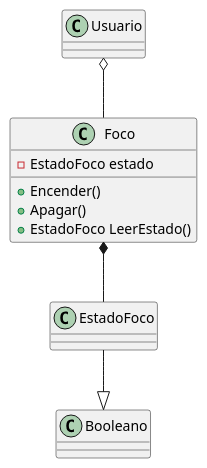
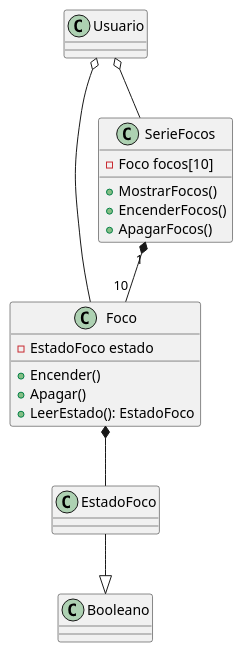
One commit to a25110272/3E261-Segundo-Parcial changed the diagram in docs/foco.puml. Above: the diagram before and after it, drawn with PlantUML. The commit also changed 3 other files, not shown here.

```diff
--- a/docs/foco.puml
+++ b/docs/foco.puml
@@ -1,17 +1,23 @@
 @startuml foco
 class Usuario
-class Foco{
--EstadoFoco estado
-+ Encender()
-+ Apagar()
-+EstadoFoco LeerEstado()
+Class Foco{
+    - EstadoFoco estado
+    + Encender()
+    + Apagar()
+    + LeerEstado(): EstadoFoco
+}
+class EstadoFoco
+class SerieFocos{
+   - Foco focos[10]
+   + MostrarFocos()
+   + EncenderFocos()
+   + ApagarFocos()
 }
 
-
-class EstadoFoco
-
-Usuario o-- Foco 
+Usuario o-- Foco
 Foco *-- EstadoFoco
 EstadoFoco --|> Booleano
+SerieFocos "1" *-- "10" Foco
+Usuario o-- SerieFocos 
 
 @enduml
```
